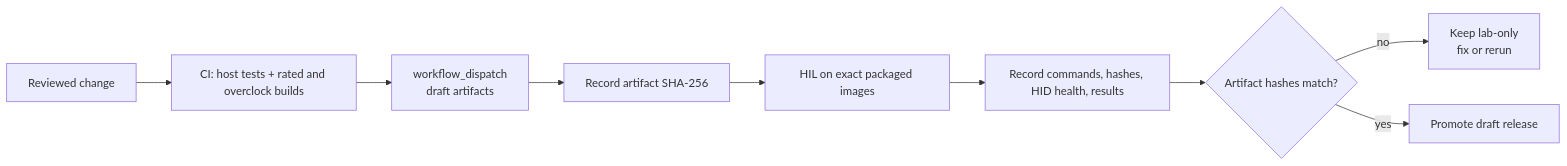
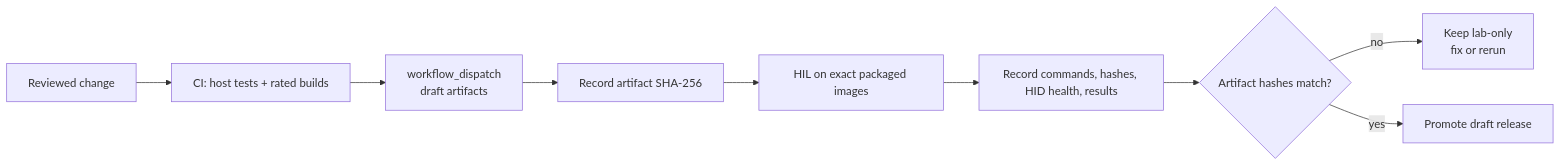
One commit to djwinter29-oss/PicoUart changed the diagram in docs/releasing.md. Above: the diagram before and after it, drawn with Mermaid. The commit also changed other lines of this file and 124 other files, not shown here.

````diff
--- a/docs/releasing.md
+++ b/docs/releasing.md
@@ -12,11 +12,11 @@
 ```mermaid
 flowchart LR
-   Change["Reviewed change"] --> CI["CI: host tests + rated and overclock builds"]
+   Change["Reviewed change"] --> CI["CI: host tests + rated builds"]
    CI --> DryRun["workflow_dispatch\ndraft artifacts"]
    DryRun --> Hash["Record artifact SHA-256"]
    Hash --> HIL["HIL on exact packaged images"]
    HIL --> Results["Record commands, hashes, HID health, results"]
    Results --> Compare{"Artifact hashes match?"}
    Compare -->|no| Stop["Keep lab-only\nfix or rerun"]
    Compare -->|yes| Promote["Promote draft release"]
 ```
````
